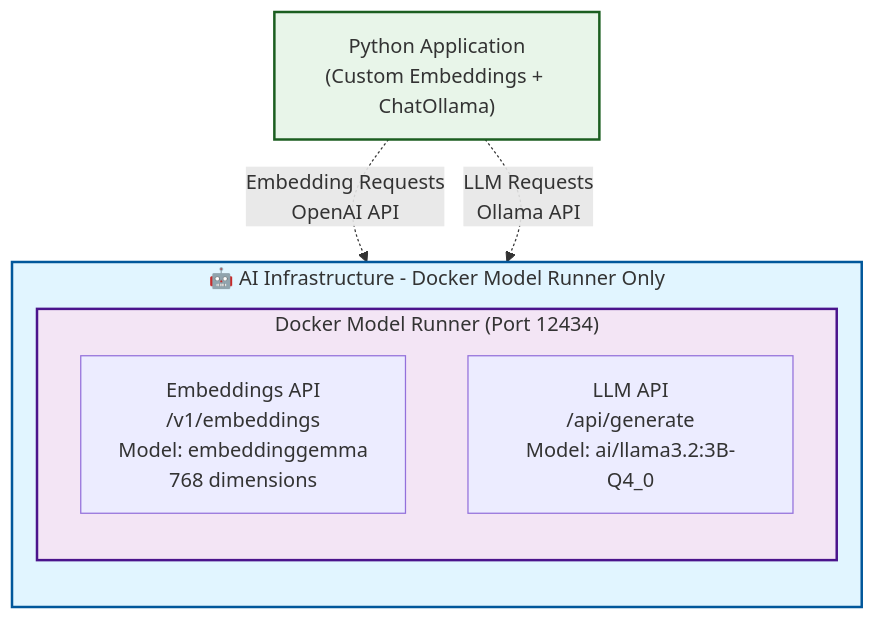
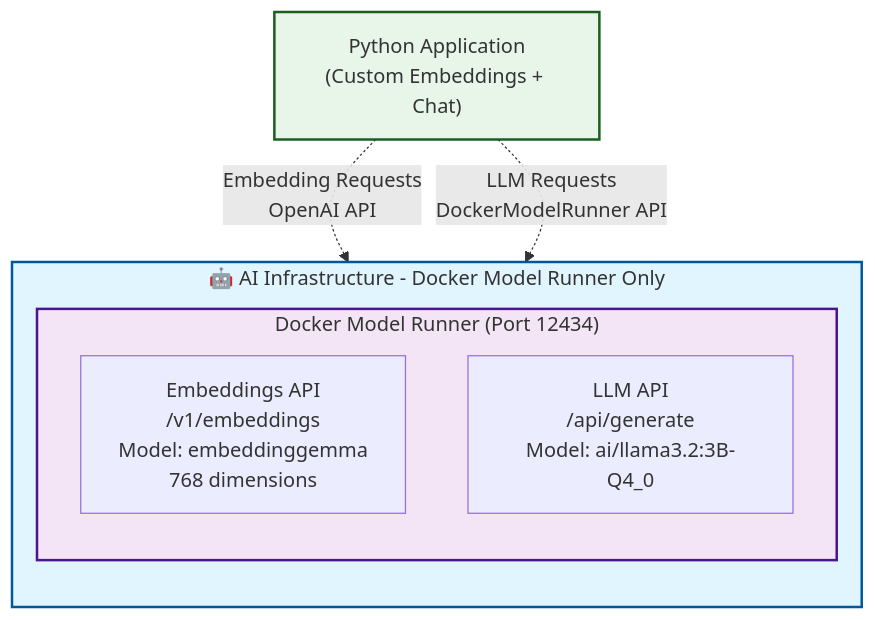
One commit to Raveendiran-RR/surrealdb-rag-demo changed the first of 4 diagrams in README.md. Above: the diagram before and after it, drawn with Mermaid.

````diff
--- a/README.md
+++ b/README.md
@@ -13,17 +13,17 @@
 ```mermaid
 graph TB
     subgraph AI["🤖 AI Infrastructure - Docker Model Runner Only"]
         direction TB
         subgraph DMR["Docker Model Runner (Port 12434)"]
             D1["Embeddings API<br/>/v1/embeddings<br/>Model: embeddinggemma<br/>768 dimensions"]
             D2["LLM API<br/>/api/generate<br/>Model: ai/llama3.2:3B-Q4_0"]
         end
     end
     
-    App["Python Application<br/>(Custom Embeddings + ChatOllama)"] -.->|Embedding Requests<br/>OpenAI API| D1
-    App -.->|LLM Requests<br/>Ollama API| D2
+    App["Python Application<br/>(Custom Embeddings + Chat)"] -.->|Embedding Requests<br/>OpenAI API| D1
+    App -.->|LLM Requests<br/>DockerModelRunner API| D2
     
     style AI fill:#e1f5ff,stroke:#01579b,stroke-width:2px
     style DMR fill:#f3e5f5,stroke:#4a148c,stroke-width:2px
     style App fill:#e8f5e9,stroke:#1b5e20,stroke-width:2px
 ```
````
